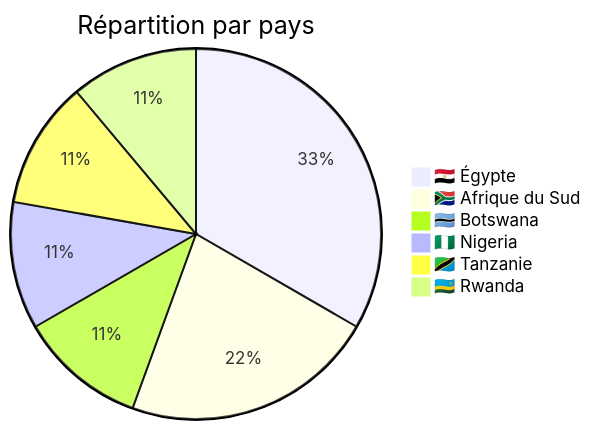
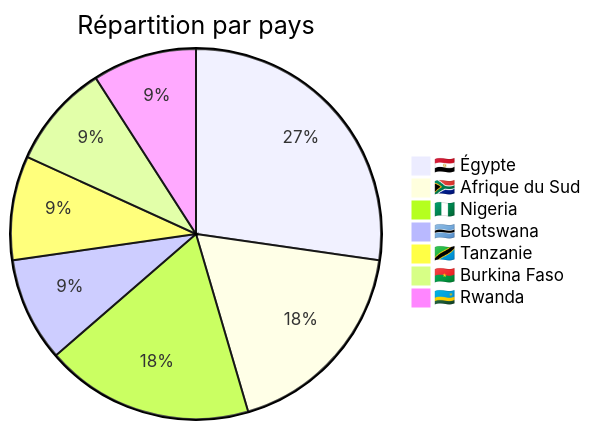
Before and after one commit to Hatchepsoute/AFRINTEL: the third of 5 diagrams in CyberAttackAfrica/2025/03-march/README_FR.md, drawn with Mermaid. The commit also changed other lines of this file and 255 other files, not shown here.

````diff
--- a/CyberAttackAfrica/2025/03-march/README_FR.md
+++ b/CyberAttackAfrica/2025/03-march/README_FR.md
@@ -75,9 +80,10 @@
 ```mermaid
 pie title Répartition par pays
     "🇪🇬 Égypte" : 3
     "🇿🇦 Afrique du Sud" : 2
+    "🇳🇬 Nigeria" : 2
     "🇧🇼 Botswana" : 1
-    "🇳🇬 Nigeria" : 1
     "🇹🇿 Tanzanie" : 1
+    "🇧🇫 Burkina Faso" : 1
     "🇷🇼 Rwanda" : 1
 ```
````
